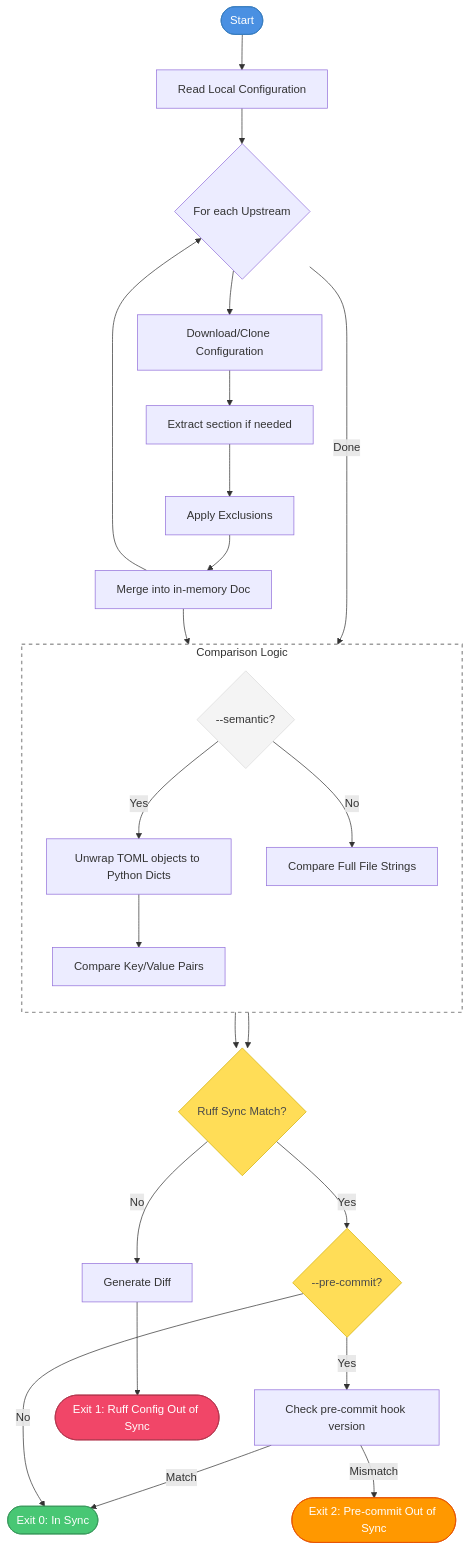
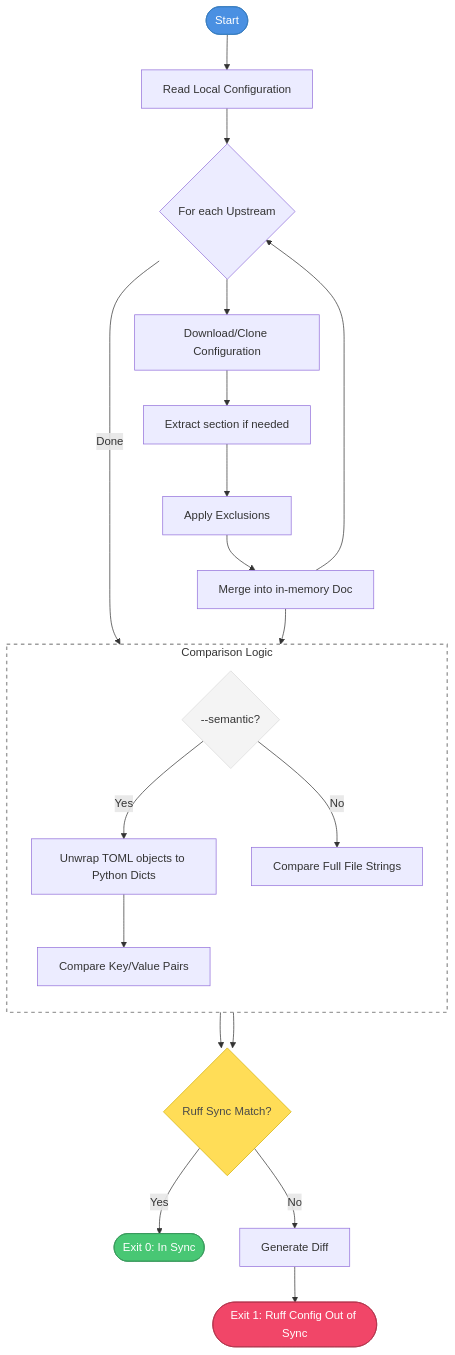
One commit to Kilo59/ruff-sync changed the diagram in README.md. Above: the diagram before and after it, drawn with Mermaid.

Commit message:
simplify readme doc

````diff
--- a/README.md
+++ b/README.md
@@ -352,43 +352,37 @@
 ```mermaid
 flowchart TD
     Start([Start]) --> Local[Read Local Configuration]
     Local --> Upstreams{For each Upstream}
     Upstreams --> Download[Download/Clone Configuration]
     Download --> Extract[Extract section if needed]
     Extract --> Exclude[Apply Exclusions]
     Exclude --> Merge[Merge into in-memory Doc]
     Merge --> Upstreams
     Upstreams -- Done --> Comparison
 
     subgraph Comparison [Comparison Logic]
         direction TB
         SemanticNode{--semantic?}
         SemanticNode -- Yes --> Unwrap[Unwrap TOML objects to Python Dicts]
         Unwrap --> CompareVal[Compare Key/Value Pairs]
         SemanticNode -- No --> CompareFull[Compare Full File Strings]
     end
 
     Merge --> Comparison
 
     CompareVal --> ResultNode{Ruff Sync Match?}
     CompareFull --> ResultNode
 
-    ResultNode -- Yes --> PCNode{--pre-commit?}
-    PCNode -- Yes --> CheckPC[Check pre-commit hook version]
-    CheckPC -- Match --> Success([Exit 0: In Sync])
-    CheckPC -- Mismatch --> PCOut([Exit 2: Pre-commit Out of Sync])
-    PCNode -- No --> Success
+    ResultNode -- Yes --> Success([Exit 0: In Sync])
 
     ResultNode -- No --> Diff[Generate Diff]
     Diff --> Fail([Exit 1: Ruff Config Out of Sync])
 
     %% Styling
     style Start fill:#4a90e2,color:#fff,stroke:#357abd
     style Success fill:#48c774,color:#fff,stroke:#36975a
     style Fail fill:#f14668,color:#fff,stroke:#b2334b
-    style PCOut fill:#ff9800,color:#fff,stroke:#e65100
     style ResultNode fill:#ffdd57,color:#4a4a4a,stroke:#d4b106
-    style PCNode fill:#ffdd57,color:#4a4a4a,stroke:#d4b106
     style Comparison fill:none,stroke:#9e9e9e,stroke-dasharray: 5 5,stroke-width:2px
     style SemanticNode fill:#f4f4f4,color:#363636,stroke:#dbdbdb
 ```
````
